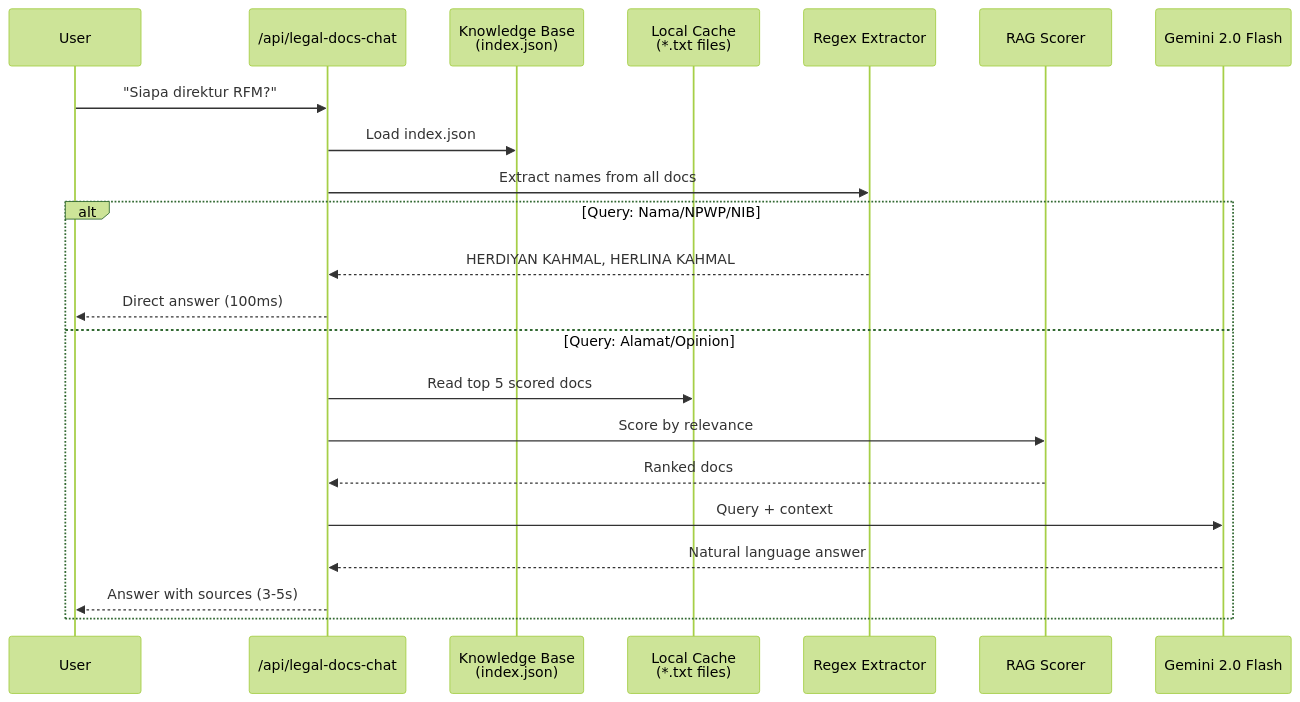
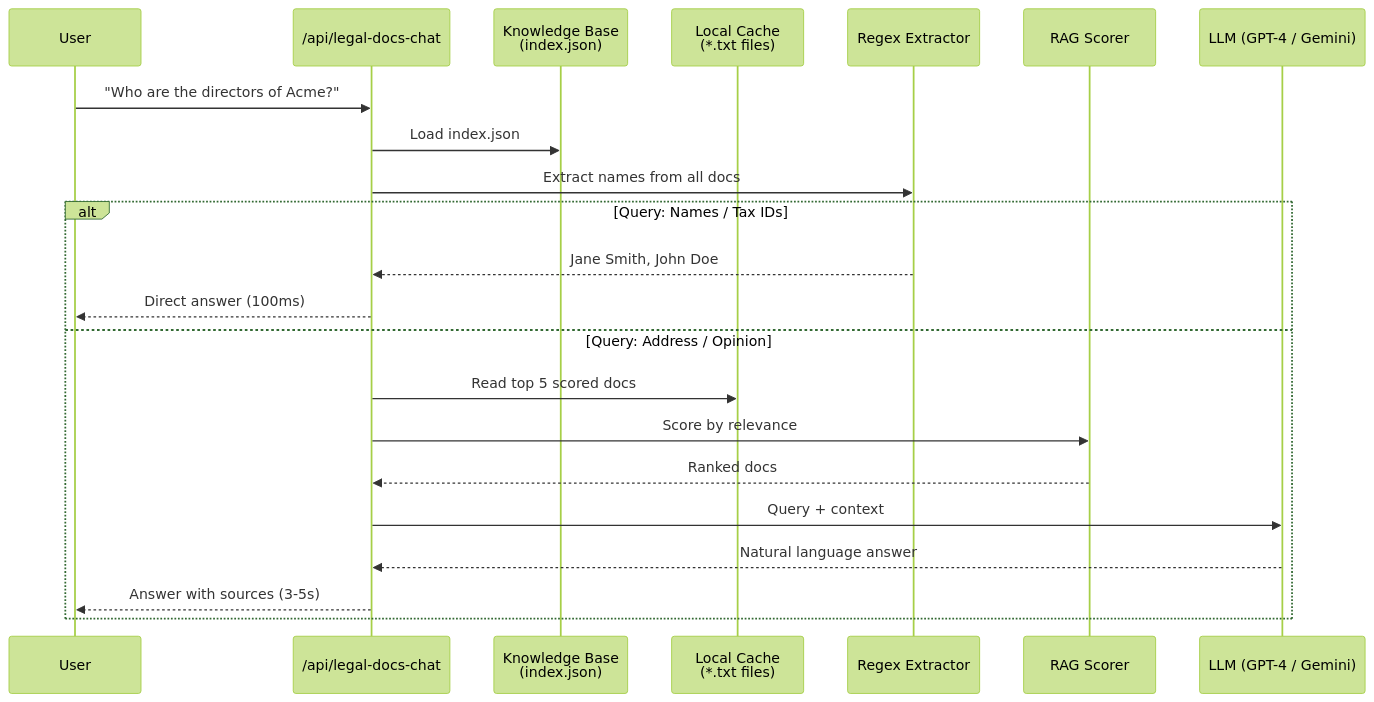
Before and after one commit to fanani-radian/openclaw-sumopod: the second of 2 diagrams in tutorials/file-search-knowledge-base-karpathy-style.md, drawn with Mermaid (forest theme). The commit also changed other lines of this file, not shown here.

````diff
--- a/tutorials/file-search-knowledge-base-karpathy-style.md
+++ b/tutorials/file-search-knowledge-base-karpathy-style.md
@@ -284,27 +249,27 @@
 ```mermaid
 sequenceDiagram
     participant User
     participant API as /api/legal-docs-chat
     participant KB as Knowledge Base<br/>(index.json)
     participant Cache as Local Cache<br/>(*.txt files)
     participant Regex as Regex Extractor
     participant RAG as RAG Scorer
-    participant LLM as Gemini 2.0 Flash
-    
-    User->>API: "Siapa direktur RFM?"
-    
+    participant LLM as LLM (GPT-4 / Gemini)
+
+    User->>API: "Who are the directors of Acme?"
+
     API->>KB: Load index.json
     API->>Regex: Extract names from all docs
-    
-    alt Query: Nama/NPWP/NIB
-        Regex-->>API: HERDIYAN KAHMAL, HERLINA KAHMAL
+
+    alt Query: Names / Tax IDs
+        Regex-->>API: Jane Smith, John Doe
         API-->>User: Direct answer (100ms)
-    else Query: Alamat/Opinion
+    else Query: Address / Opinion
         API->>Cache: Read top 5 scored docs
         API->>RAG: Score by relevance
         RAG-->>API: Ranked docs
         API->>LLM: Query + context
         LLM-->>API: Natural language answer
         API-->>User: Answer with sources (3-5s)
     end
 ```
````
